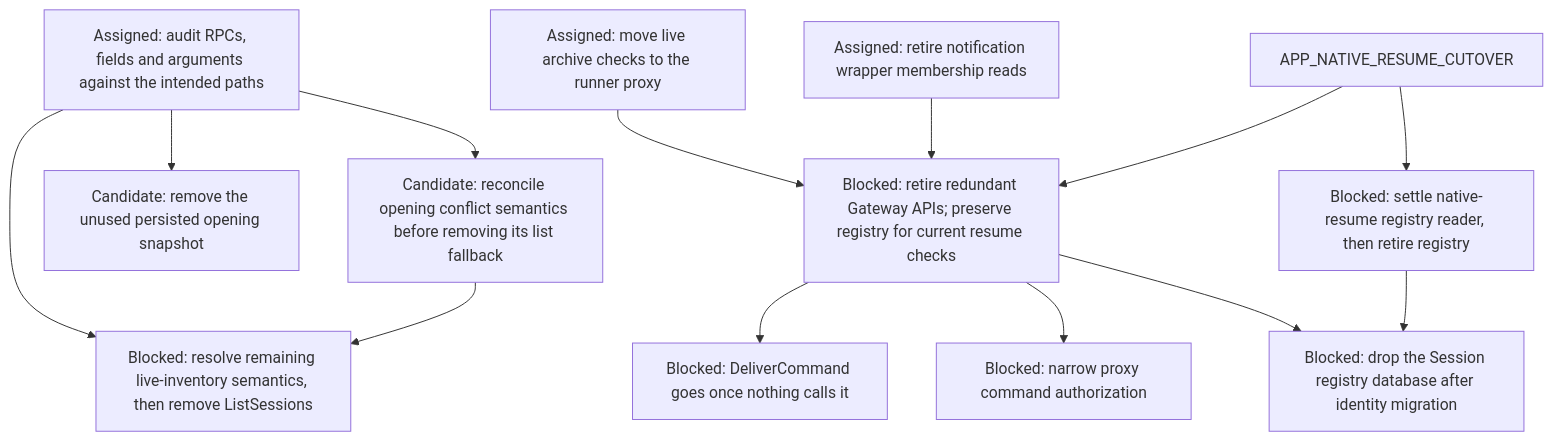
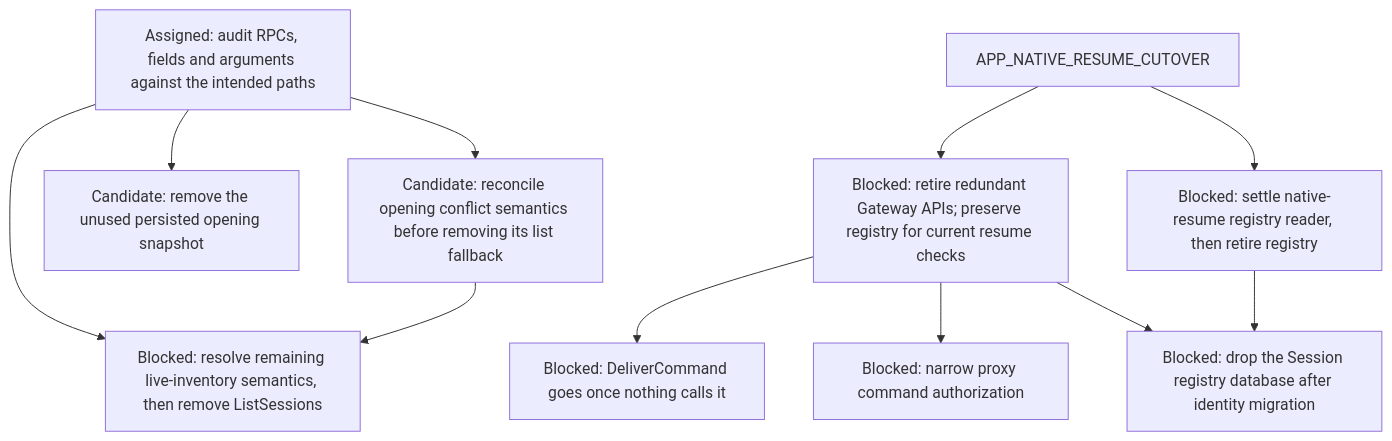
One commit to agentydragon-agent/ducktape changed diagram 15 of 16 in agentplane/plans/task_dag.md. Above: the diagram before and after it, drawn with Mermaid. The commit also changed other lines of this file and 1 other file, not shown here.

````diff
--- a/agentplane/plans/task_dag.md
+++ b/agentplane/plans/task_dag.md
@@ -1284,21 +1284,19 @@
 ```mermaid
 flowchart TD
     RUNNER_COMMAND_RPCS[Blocked: DeliverCommand goes once nothing calls it]
     CONTROL_SURFACE_RETIREMENT_AUDIT[Assigned: audit RPCs, fields and arguments against the intended paths]
     CONTROL_SURFACE_RETIREMENT_AUDIT --> RUNNER_LIST_SESSIONS_RETIRE[Blocked: resolve remaining live-inventory semantics, then remove ListSessions]
     CONTROL_SURFACE_RETIREMENT_AUDIT --> DISPATCHER_OPEN_ALREADY_EXISTS[Candidate: reconcile opening conflict semantics before removing its list fallback]
     DISPATCHER_OPEN_ALREADY_EXISTS --> RUNNER_LIST_SESSIONS_RETIRE
     CONTROL_SURFACE_RETIREMENT_AUDIT --> DISPATCHER_OPENING_ATTACHED_RETIRE[Candidate: remove the unused persisted opening snapshot]
     GATEWAY_WRAPPER_RETIRE --> RUNNER_COMMAND_RPCS
     GATEWAY_WRAPPER_RETIRE[Blocked: retire redundant Gateway APIs; preserve registry for current resume checks]
-    APP_ARCHIVE_RUNNER_READ_MIGRATION[Assigned: move live archive checks to the runner proxy] --> GATEWAY_WRAPPER_RETIRE
-    NOTIFICATION_SESSION_MEMBERSHIP_MIGRATION[Assigned: retire notification wrapper membership reads] --> GATEWAY_WRAPPER_RETIRE
     APP_NATIVE_RESUME_CUTOVER --> GATEWAY_WRAPPER_RETIRE
     GATEWAY_DATABASE_DROP[Blocked: drop the Session registry database after identity migration]
     PROXY_START_METHODS_DISPATCHER_ONLY[Blocked: narrow proxy command authorization]
     GATEWAY_WRAPPER_RETIRE --> PROXY_START_METHODS_DISPATCHER_ONLY
     GATEWAY_WRAPPER_RETIRE --> GATEWAY_DATABASE_DROP
     GATEWAY_SESSION_REGISTRY_RETIRE[Blocked: settle native-resume registry reader, then retire registry]
     APP_NATIVE_RESUME_CUTOVER --> GATEWAY_SESSION_REGISTRY_RETIRE
     GATEWAY_SESSION_REGISTRY_RETIRE --> GATEWAY_DATABASE_DROP
 ```
````
